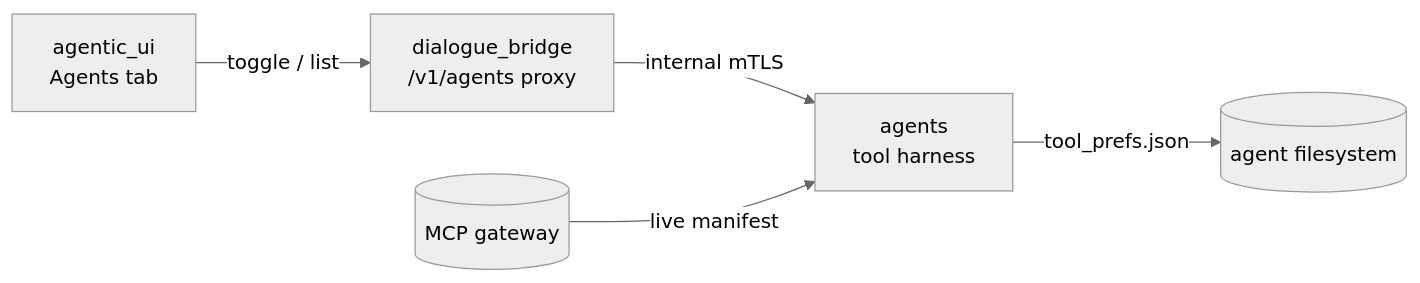
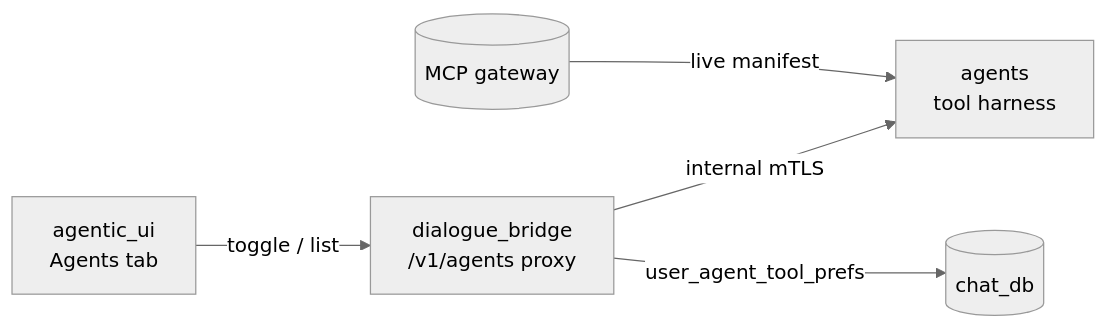
Before and after one commit to konstantinosmpouros/mAgenticX: the first of 5 diagrams in docs/development/tool-harness.md, drawn with Mermaid (neutral theme). The commit also changed other lines of this file and 16 other files, not shown here.

Commit message:
feat(dialogue_bridge,agents): move per-agent tool overrides into chat_db

````diff
--- a/docs/development/tool-harness.md
+++ b/docs/development/tool-harness.md
@@ -16,7 +16,7 @@
 ```mermaid
 flowchart LR
     UI["agentic_ui<br/>Agents tab"] -->|"toggle / list"| BR["dialogue_bridge<br/>/v1/agents proxy"]
     BR -->|"internal mTLS"| AG["agents<br/>tool harness"]
     GW[("MCP gateway")] -->|"live manifest"| AG
-    AG -->|"tool_prefs.json"| FS[("agent filesystem")]
+    BR -->|"user_agent_tool_prefs"| PG[("chat_db")]
 ```
````
